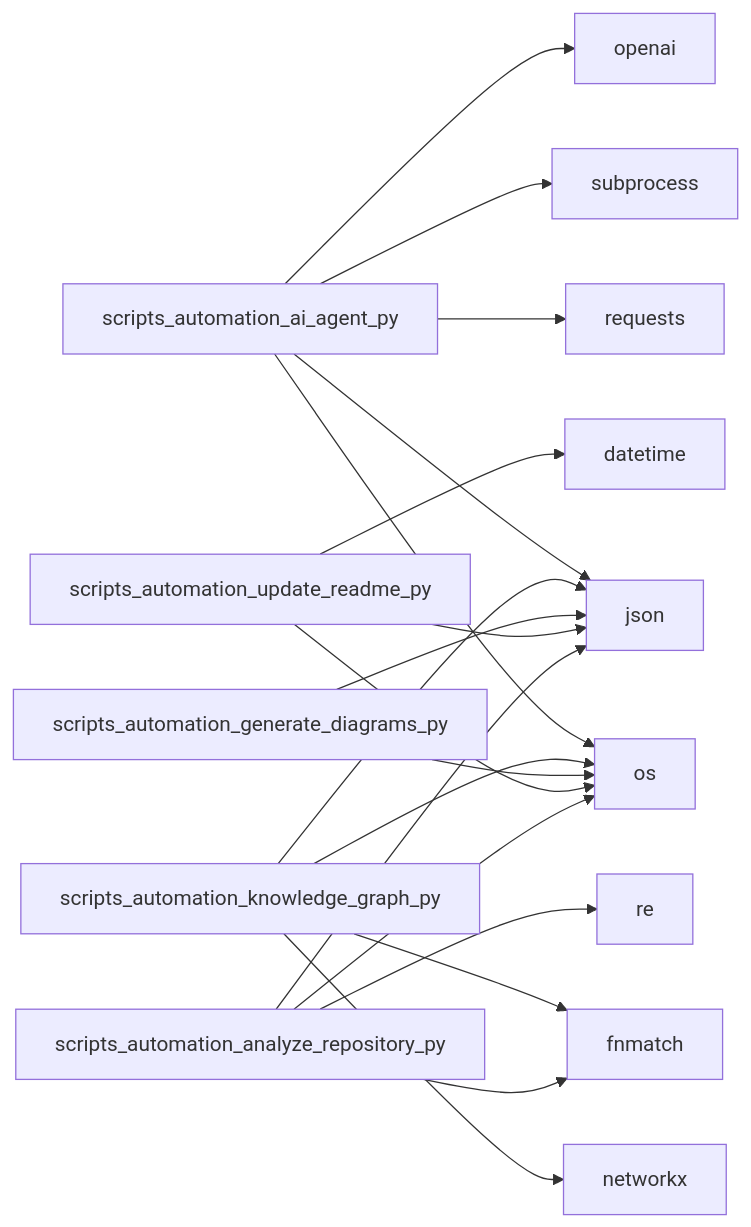
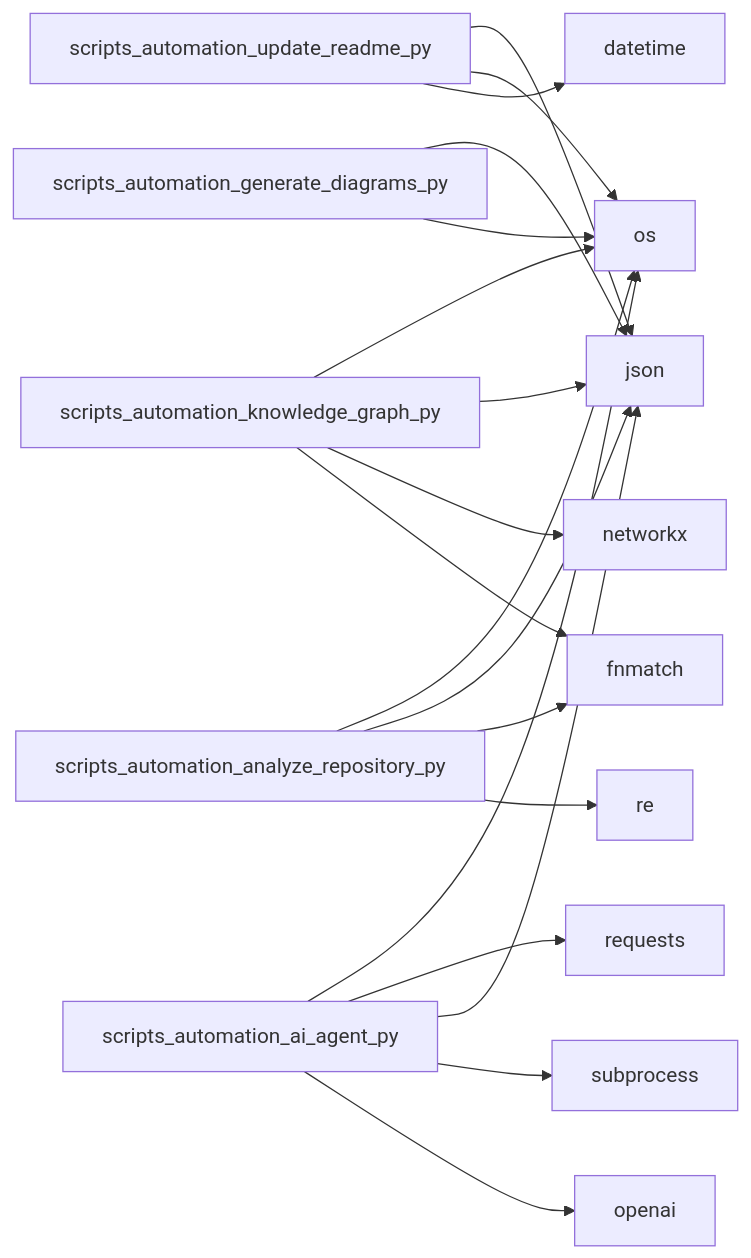
One commit to NITISH-R-G/FUTURE_DS_01 changed the diagram in docs/diagrams/dependencies.mmd. Above: the diagram before and after it, drawn with Mermaid. The commit also changed other lines of this file and 3 other files, not shown here.

Commit message:
docs: auto-update repository state and diagrams [skip auto]

```diff
--- a/docs/diagrams/dependencies.mmd
+++ b/docs/diagrams/dependencies.mmd
@@ -1,19 +1,19 @@
 graph LR;
+    scripts_automation_update_readme_py --> json;
+    scripts_automation_update_readme_py --> os;
+    scripts_automation_update_readme_py --> datetime;
+    scripts_automation_knowledge_graph_py --> os;
+    scripts_automation_knowledge_graph_py --> json;
+    scripts_automation_knowledge_graph_py --> networkx;
+    scripts_automation_knowledge_graph_py --> fnmatch;
+    scripts_automation_analyze_repository_py --> os;
+    scripts_automation_analyze_repository_py --> json;
+    scripts_automation_analyze_repository_py --> fnmatch;
+    scripts_automation_analyze_repository_py --> re;
     scripts_automation_ai_agent_py --> os;
     scripts_automation_ai_agent_py --> requests;
     scripts_automation_ai_agent_py --> json;
     scripts_automation_ai_agent_py --> subprocess;
     scripts_automation_ai_agent_py --> openai;
-    scripts_automation_knowledge_graph_py --> os;
-    scripts_automation_knowledge_graph_py --> json;
-    scripts_automation_knowledge_graph_py --> networkx;
-    scripts_automation_knowledge_graph_py --> fnmatch;
     scripts_automation_generate_diagrams_py --> json;
     scripts_automation_generate_diagrams_py --> os;
-    scripts_automation_update_readme_py --> json;
-    scripts_automation_update_readme_py --> os;
-    scripts_automation_update_readme_py --> datetime;
-    scripts_automation_analyze_repository_py --> os;
-    scripts_automation_analyze_repository_py --> json;
-    scripts_automation_analyze_repository_py --> fnmatch;
-    scripts_automation_analyze_repository_py --> re;
```
